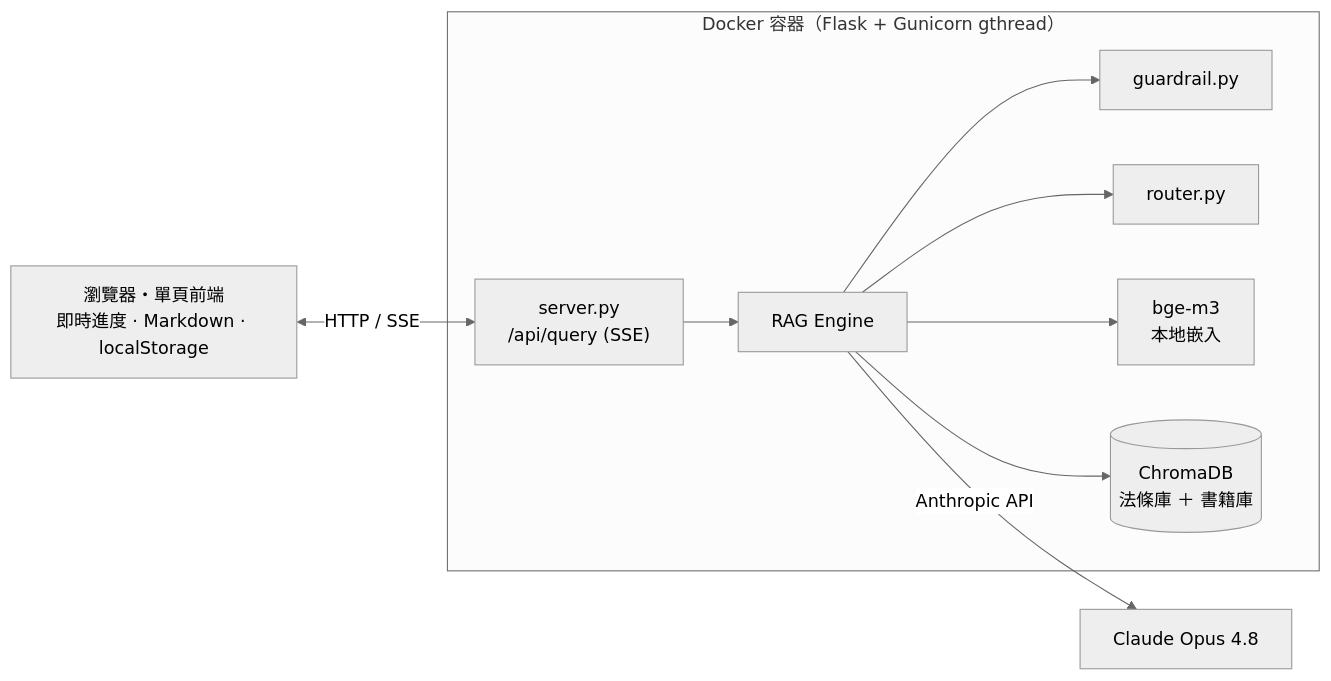
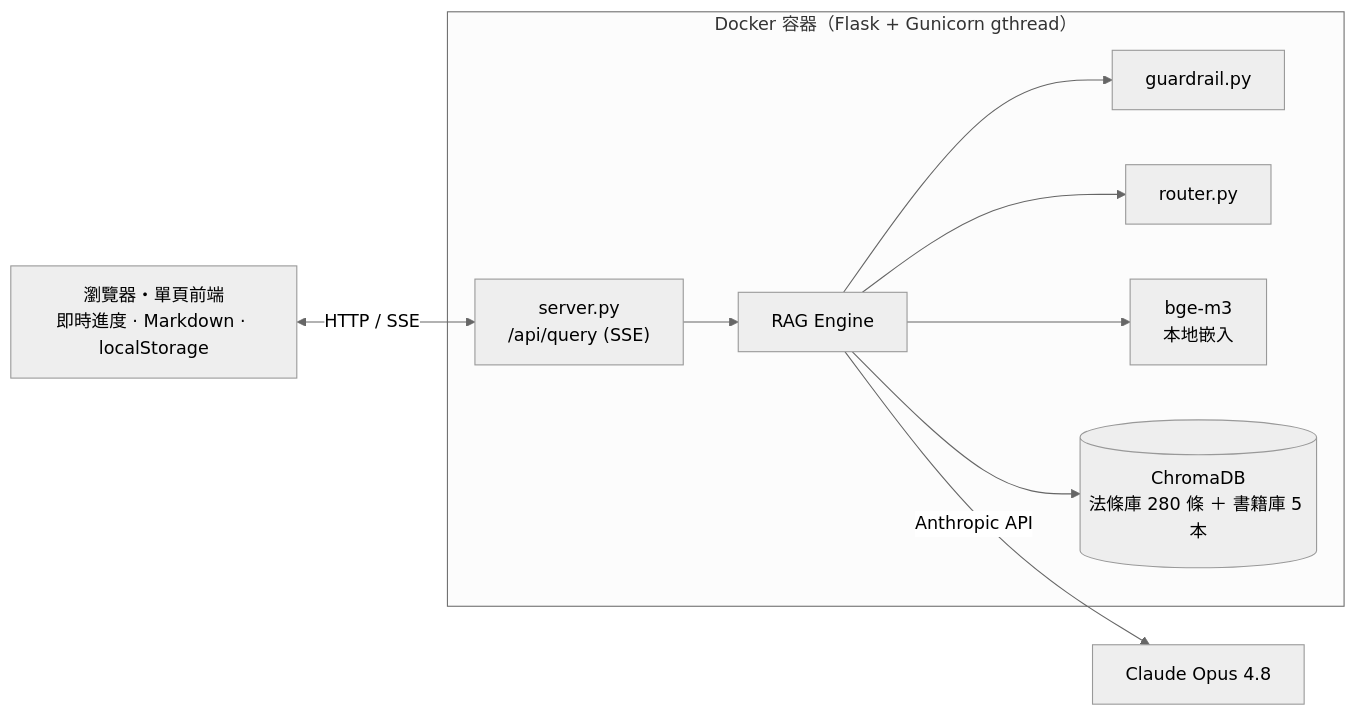
The second of 2 diagrams in README.md (Chenche0119/hr-labor-law-rag), drawn with Mermaid (neutral theme) before and after one commit. The commit also changed other lines of this file, not shown here.

Commit message:
Annotate flow diagrams with corpus sizes (280 條、5 本)

````diff
--- a/README.md
+++ b/README.md
@@ -83,13 +83,13 @@
 ```mermaid
 flowchart LR
     U["瀏覽器・單頁前端<br/>即時進度 · Markdown · localStorage"]
     subgraph C["Docker 容器（Flask + Gunicorn gthread）"]
         S["server.py<br/>/api/query (SSE)"] --> E["RAG Engine"]
         E --> GR["guardrail.py"]
         E --> RT["router.py"]
         E --> EMB["bge-m3<br/>本地嵌入"]
-        E --> DB[("ChromaDB<br/>法條庫 ＋ 書籍庫")]
+        E --> DB[("ChromaDB<br/>法條庫 280 條 ＋ 書籍庫 5 本")]
     end
     U <-->|"HTTP / SSE"| S
     E -->|"Anthropic API"| LLM["Claude Opus 4.8"]
 ```
````
